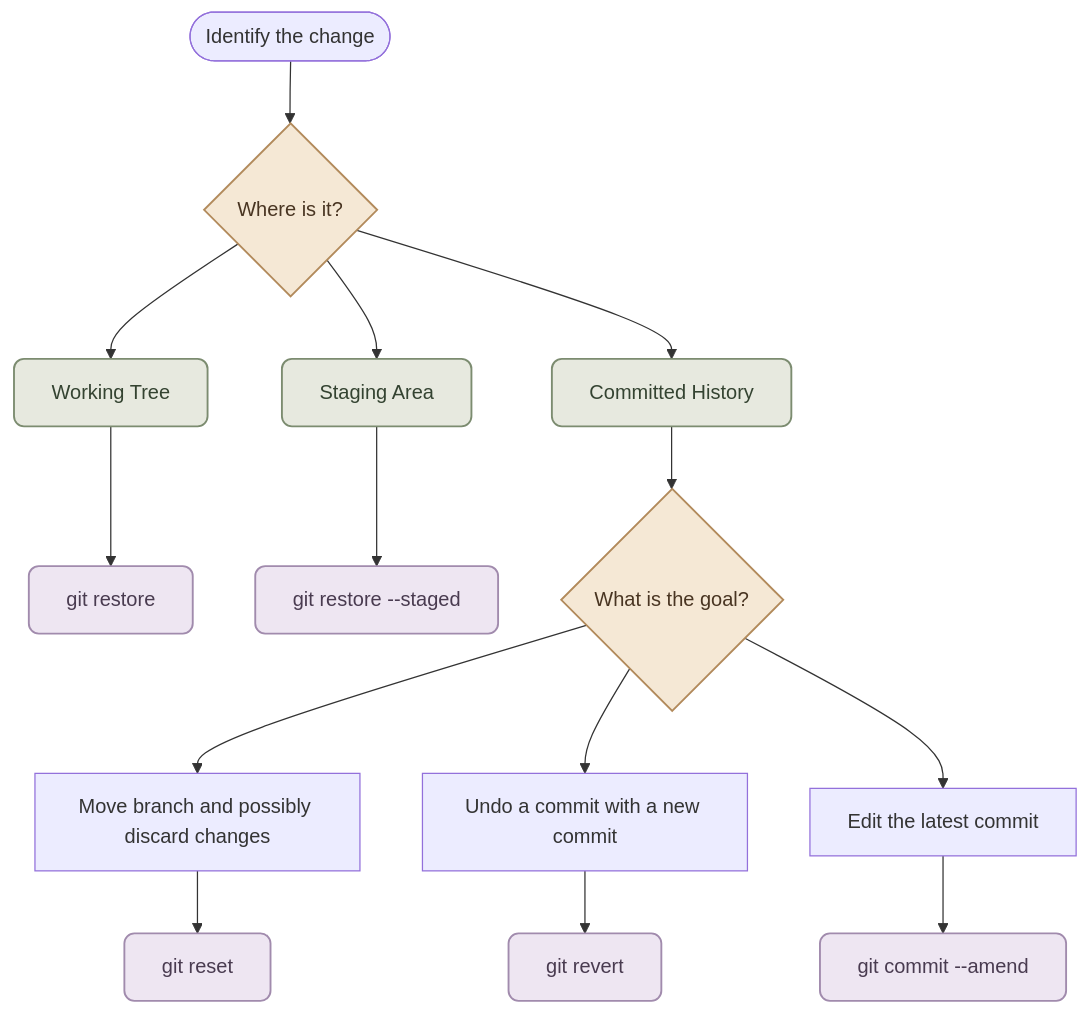
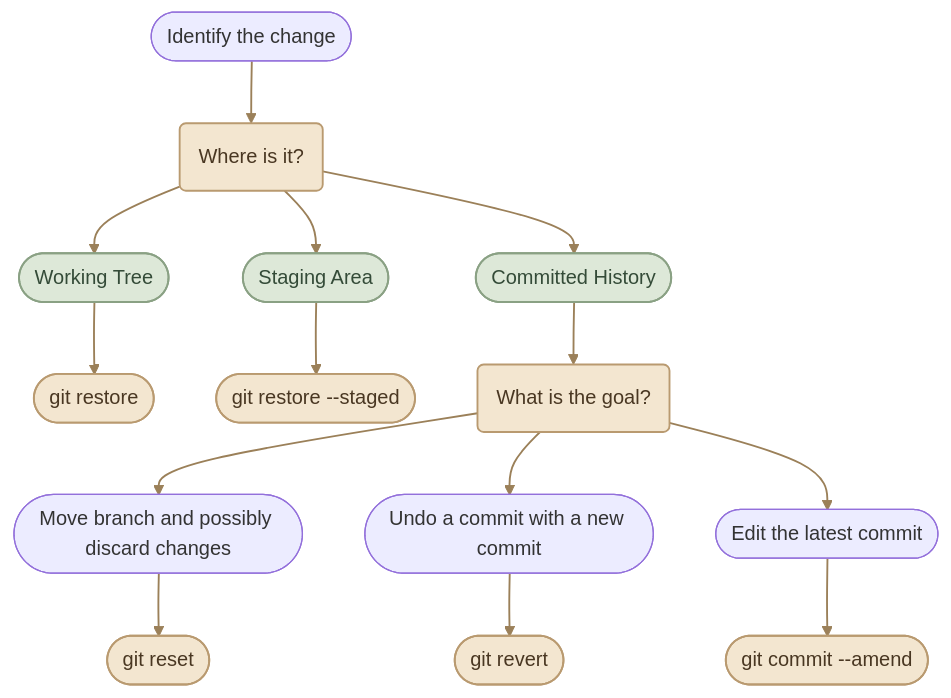
The first of 7 diagrams in content/version-control/Git and GitHub/undoing-changes.mdx (mustafammasoud/ops-handbook), drawn with Mermaid before and after one commit. The commit also changed other lines of this file and 17 other files, not shown here.

````diff
--- a/content/version-control/Git and GitHub/undoing-changes.mdx
+++ b/content/version-control/Git and GitHub/undoing-changes.mdx
@@ -54,24 +56,26 @@
 ```mermaid
 flowchart TD
-    A(["Identify the change"]) --> B{"Where is it?"}
-    B --> C["Working Tree"]
-    B --> D["Staging Area"]
-    B --> E["Committed History"]
-    C --> F["git restore"]
-    D --> G["git restore --staged"]
-    E --> H{"What is the goal?"}
-    H --> I["Move branch and possibly discard changes"]
-    H --> J["Undo a commit with a new commit"]
-    H --> K["Edit the latest commit"]
-    I --> L["git reset"]
-    J --> M["git revert"]
-    K --> N["git commit --amend"]
+    A(["Identify the change"]) --> B("Where is it?")
+    B --> C(["Working Tree"])
+    B --> D(["Staging Area"])
+    B --> E(["Committed History"])
+    C --> F(["git restore"])
+    D --> G(["git restore --staged"])
+    E --> H("What is the goal?")
+    H --> I(["Move branch and possibly discard changes"])
+    H --> J(["Undo a commit with a new commit"])
+    H --> K(["Edit the latest commit"])
+    I --> L(["git reset"])
+    J --> M(["git revert"])
+    K --> N(["git commit --amend"])
 
-    classDef decision fill:#f5e8d5,stroke:#b28a5b,color:#493522,stroke-width:1.5px,rx:8,ry:8
-    classDef state fill:#e7e9df,stroke:#7c8c70,color:#344331,stroke-width:1.5px,rx:8,ry:8
-    classDef command fill:#eee6f2,stroke:#a18bad,color:#493b50,stroke-width:1.5px,rx:8,ry:8
+    classDef decision fill:#F3E6D0,stroke:#B99A70,color:#493722,stroke-width:1.5px
+    classDef state fill:#DDE8D8,stroke:#8AA184,color:#344B38,stroke-width:1.5px
+    classDef command fill:#F3E6D0,stroke:#B99A70,color:#493722,stroke-width:1.5px
 
     class B,H decision
     class C,D,E state
     class F,G,L,M,N command
+
+    linkStyle default stroke:#9B8059,stroke-width:1.5px
 ```
````
